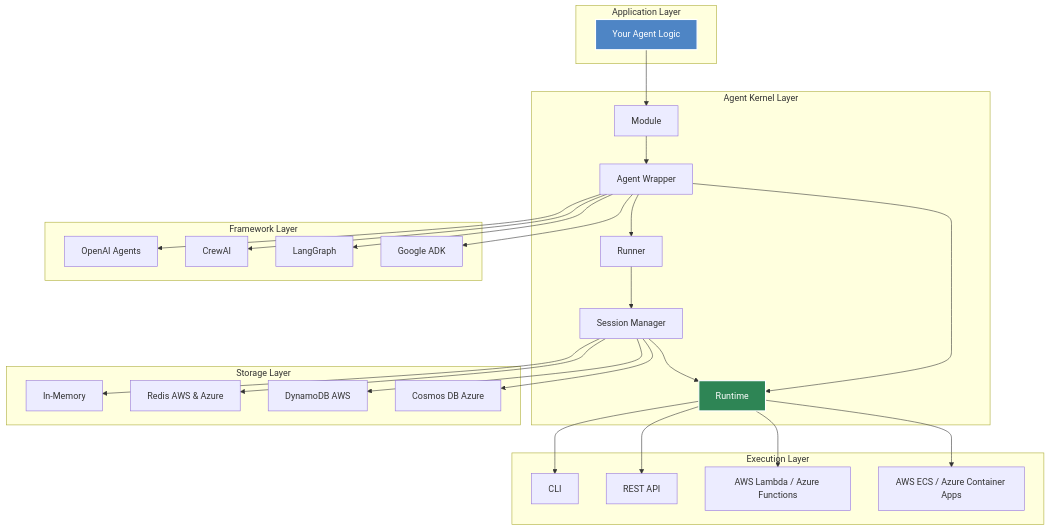
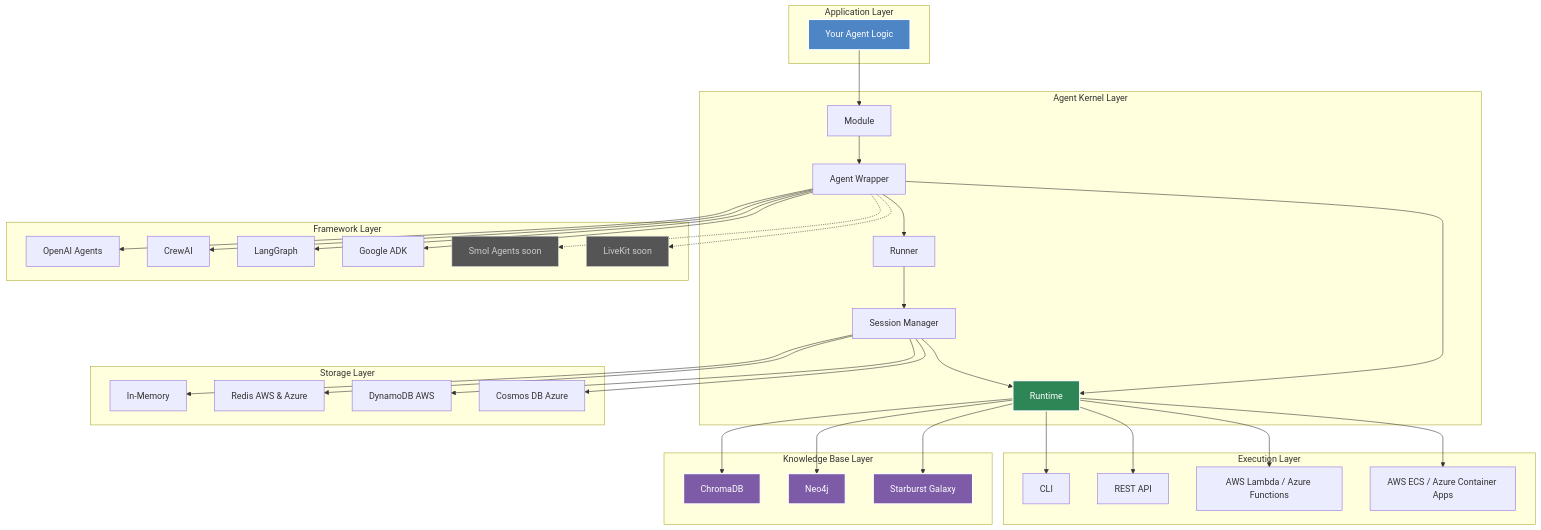
One commit to yaalalabs/agent-kernel changed the first of 2 diagrams in docs/docs/architecture/overview.md. Above: the diagram before and after it, drawn with Mermaid. The commit also changed 10 other files, not shown here.

````diff
--- a/docs/docs/architecture/overview.md
+++ b/docs/docs/architecture/overview.md
@@ -11,60 +11,79 @@
 ```mermaid
 graph TB
     subgraph "Application Layer"
         A[Your Agent Logic]
     end
     
     subgraph "Agent Kernel Layer"
         B[Module]
         C[Agent Wrapper]
         D[Runner]
         E[Session Manager]
         F[Runtime]
     end
     
     subgraph "Framework Layer"
         G[OpenAI Agents]
         H[CrewAI]
         I[LangGraph]
         J[Google ADK]
+        SA[Smol Agents soon]
+        LK[LiveKit soon]
     end
     
     subgraph "Storage Layer"
         K[In-Memory]
         L[Redis AWS & Azure]
         M[DynamoDB AWS]
         N[Cosmos DB Azure]
+    end
+
+    subgraph "Knowledge Base Layer"
+        KB1[ChromaDB]
+        KB2[Neo4j]
+        KB3[Starburst Galaxy]
     end
     
     subgraph "Execution Layer"
         O[CLI]
         P[REST API]
         Q[AWS Lambda / Azure Functions]
         R[AWS ECS / Azure Container Apps]
     end
     
     A --> B
     B --> C
     C --> D
     D --> E
     C --> F
     E --> F
     
     C --> G
     C --> H
     C --> I
     C --> J
+    C -.-> SA
+    C -.-> LK
     
     E --> K
     E --> L
     E --> M
     E --> N
+
+    F --> KB1
+    F --> KB2
+    F --> KB3
     
     F --> O
     F --> P
     F --> Q
     F --> R
 
     style A fill:#4e85c5,stroke:#fff,stroke-width:2px,color:#fff    
     style F fill:#2e8555,stroke:#fff,stroke-width:2px,color:#fff
+    style SA fill:#555,stroke:#ccc,stroke-width:1px,color:#ccc
+    style LK fill:#555,stroke:#ccc,stroke-width:1px,color:#ccc
+    style KB1 fill:#7d5ba6,stroke:#fff,stroke-width:2px,color:#fff
+    style KB2 fill:#7d5ba6,stroke:#fff,stroke-width:2px,color:#fff
+    style KB3 fill:#7d5ba6,stroke:#fff,stroke-width:2px,color:#fff
 ```
````
